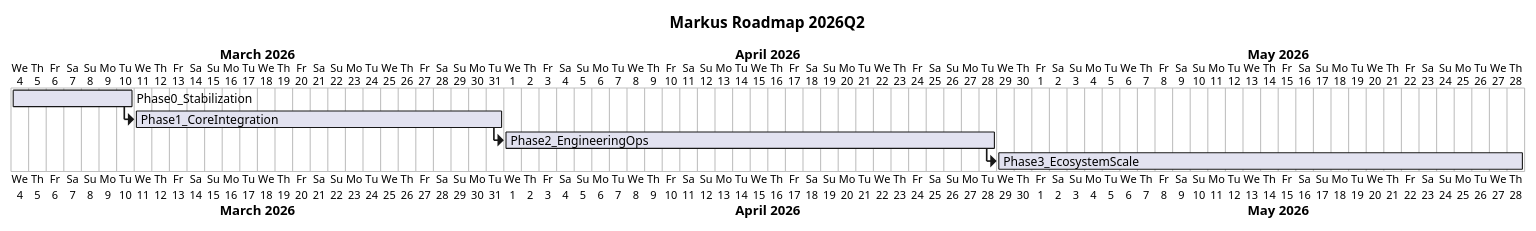
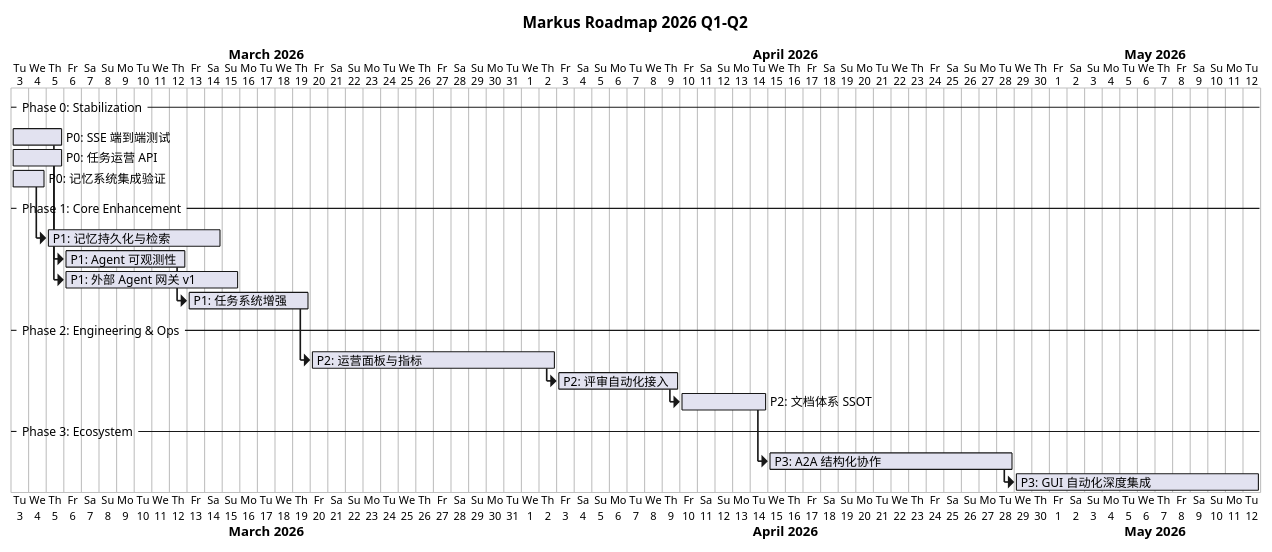
Before and after one commit to markus-global/markus: the second of 2 diagrams in docs/product-strategy-and-roadmap-202603.md, drawn with PlantUML. The commit also changed other lines of this file, not shown here.

First line of the commit message:
docs: optimize product strategy - add architecture details, concrete Phase 1 design

````diff
--- a/docs/product-strategy-and-roadmap-202603.md
+++ b/docs/product-strategy-and-roadmap-202603.md
@@ -309,17 +235,37 @@
 ```plantuml
 @startgantt
-title Markus Roadmap 2026Q2
+title Markus Roadmap 2026 Q1-Q2
 
-Project starts 2026-03-04
+Project starts 2026-03-03
 
-[Phase0_Stabilization] lasts 7 days
-[Phase1_CoreIntegration] lasts 21 days
-[Phase2_EngineeringOps] lasts 28 days
-[Phase3_EcosystemScale] lasts 30 days
+-- Phase 0: Stabilization --
+[P0: SSE 端到端测试] lasts 3 days
+[P0: 任务运营 API] lasts 3 days
+[P0: 记忆系统集成验证] lasts 2 days
 
-[Phase1_CoreIntegration] starts at [Phase0_Stabilization]'s end
-[Phase2_EngineeringOps] starts at [Phase1_CoreIntegration]'s end
-[Phase3_EcosystemScale] starts at [Phase2_EngineeringOps]'s end
+-- Phase 1: Core Enhancement --
+[P1: 记忆持久化与检索] lasts 10 days
+[P1: 记忆持久化与检索] starts at [P0: 记忆系统集成验证]'s end
+[P1: Agent 可观测性] lasts 7 days
+[P1: Agent 可观测性] starts at [P0: 任务运营 API]'s end
+[P1: 外部 Agent 网关 v1] lasts 10 days
+[P1: 外部 Agent 网关 v1] starts at [P0: SSE 端到端测试]'s end
+[P1: 任务系统增强] lasts 7 days
+[P1: 任务系统增强] starts at [P1: Agent 可观测性]'s end
+
+-- Phase 2: Engineering & Ops --
+[P2: 运营面板与指标] lasts 14 days
+[P2: 运营面板与指标] starts at [P1: 任务系统增强]'s end
+[P2: 评审自动化接入] lasts 7 days
+[P2: 评审自动化接入] starts at [P2: 运营面板与指标]'s end
+[P2: 文档体系 SSOT] lasts 5 days
+[P2: 文档体系 SSOT] starts at [P2: 评审自动化接入]'s end
+
+-- Phase 3: Ecosystem --
+[P3: A2A 结构化协作] lasts 14 days
+[P3: A2A 结构化协作] starts at [P2: 文档体系 SSOT]'s end
+[P3: GUI 自动化深度集成] lasts 14 days
+[P3: GUI 自动化深度集成] starts at [P3: A2A 结构化协作]'s end
 
 @endgantt
 ```
````
